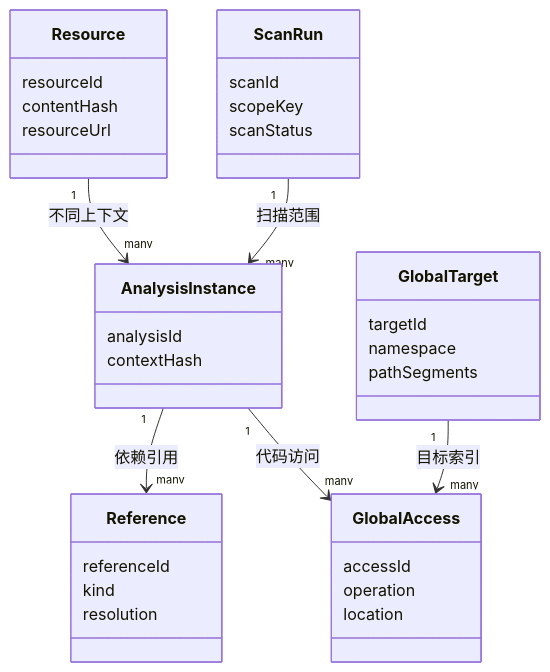
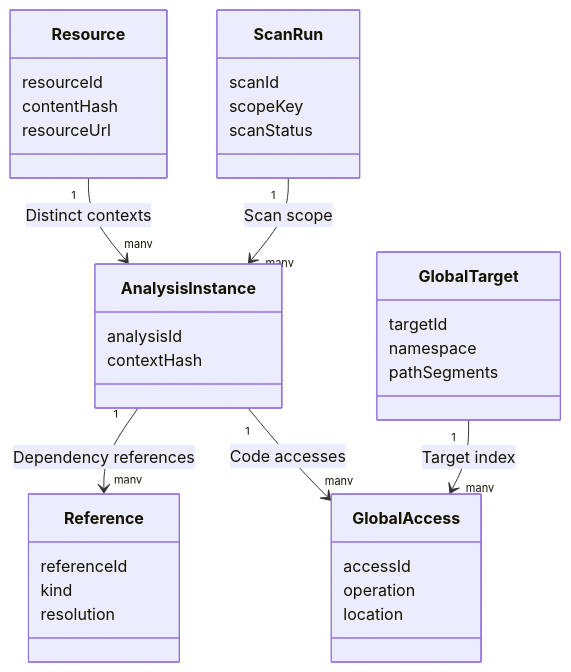
Before and after one commit to Justinidlerz/bloodhound: the second of 2 diagrams in docs/technical-design.md, drawn with Mermaid. The commit also changed other lines of this file and 26 other files, not shown here.

````diff
--- a/docs/technical-design.md
+++ b/docs/technical-design.md
@@ -136,37 +152,37 @@
 ```mermaid
 classDiagram
     class ScanRun {
         scanId
         scopeKey
         scanStatus
     }
     class Resource {
         resourceId
         contentHash
         resourceUrl
     }
     class AnalysisInstance {
         analysisId
         contextHash
     }
     class Reference {
         referenceId
         kind
         resolution
     }
     class GlobalTarget {
         targetId
         namespace
         pathSegments
     }
     class GlobalAccess {
         accessId
         operation
         location
     }
-    ScanRun "1" --> "many" AnalysisInstance : 扫描范围
-    Resource "1" --> "many" AnalysisInstance : 不同上下文
-    AnalysisInstance "1" --> "many" GlobalAccess : 代码访问
-    GlobalTarget "1" --> "many" GlobalAccess : 目标索引
-    AnalysisInstance "1" --> "many" Reference : 依赖引用
+    ScanRun "1" --> "many" AnalysisInstance : Scan scope
+    Resource "1" --> "many" AnalysisInstance : Distinct contexts
+    AnalysisInstance "1" --> "many" GlobalAccess : Code accesses
+    GlobalTarget "1" --> "many" GlobalAccess : Target index
+    AnalysisInstance "1" --> "many" Reference : Dependency references
 ```
````
